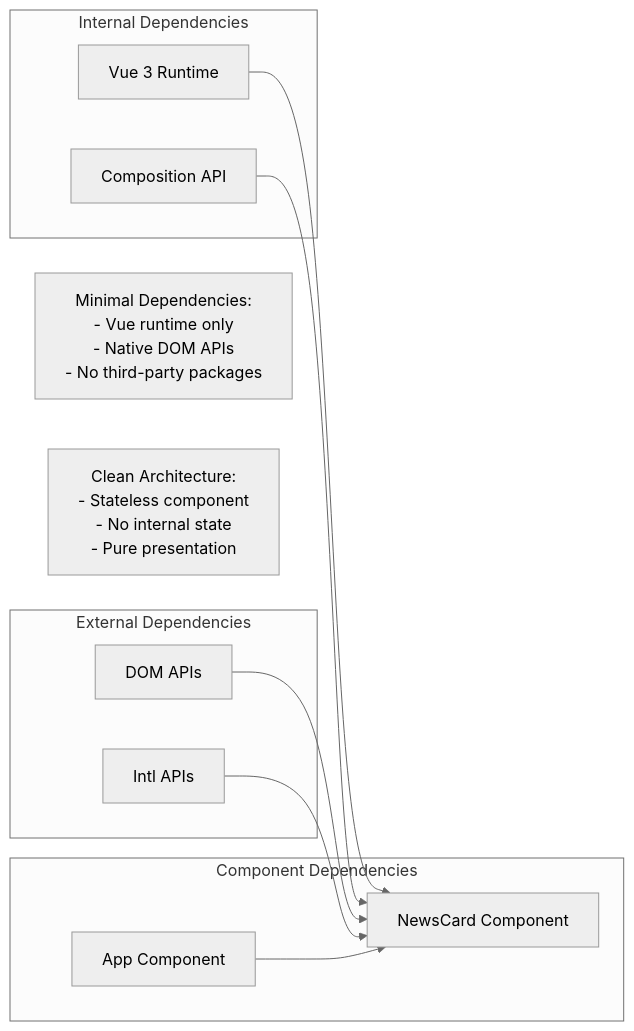
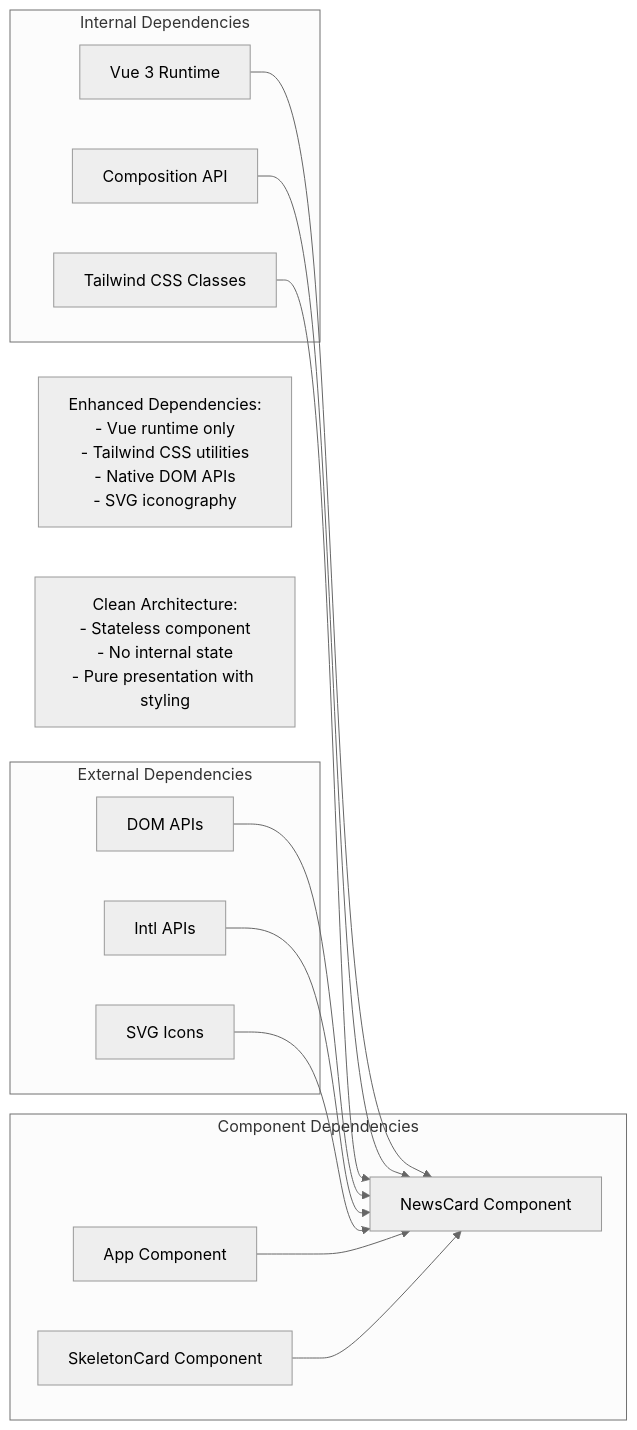
The ninth of 9 diagrams in .qoder/repowiki/en/content/Frontend Application/NewsCard Component.md (zbw-zbw/news-aggregator), drawn with Mermaid (neutral theme) before and after one commit. The commit also changed other lines of this file and 4 other files, not shown here.

````diff
--- a/.qoder/repowiki/en/content/Frontend Application/NewsCard Component.md
+++ b/.qoder/repowiki/en/content/Frontend Application/NewsCard Component.md
@@ -334,22 +386,28 @@
 ```mermaid
 graph LR
 subgraph "Internal Dependencies"
 Vue[Vue 3 Runtime]
 CompositionAPI[Composition API]
+TailwindCSS[Tailwind CSS Classes]
 end
 subgraph "External Dependencies"
 BrowserAPI[DOM APIs]
 IntlAPI[Intl APIs]
+SVGIcons[SVG Icons]
 end
 subgraph "Component Dependencies"
 NewsCard[NewsCard Component]
 App[App Component]
+SkeletonCard[SkeletonCard Component]
 end
 Vue --> NewsCard
 CompositionAPI --> NewsCard
+TailwindCSS --> NewsCard
 BrowserAPI --> NewsCard
 IntlAPI --> NewsCard
+SVGIcons --> NewsCard
 App --> NewsCard
-Note1["Minimal Dependencies:<br/>- Vue runtime only<br/>- Native DOM APIs<br/>- No third-party packages"]
-Note2["Clean Architecture:<br/>- Stateless component<br/>- No internal state<br/>- Pure presentation"]
+SkeletonCard --> NewsCard
+Note1["Enhanced Dependencies:<br/>- Vue runtime only<br/>- Tailwind CSS utilities<br/>- Native DOM APIs<br/>- SVG iconography"]
+Note2["Clean Architecture:<br/>- Stateless component<br/>- No internal state<br/>- Pure presentation with styling"]
 ```
````
